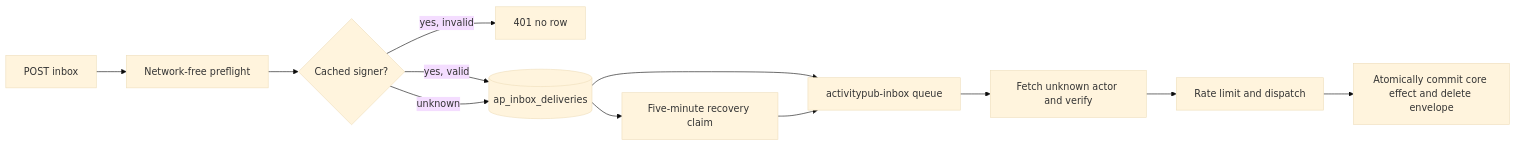
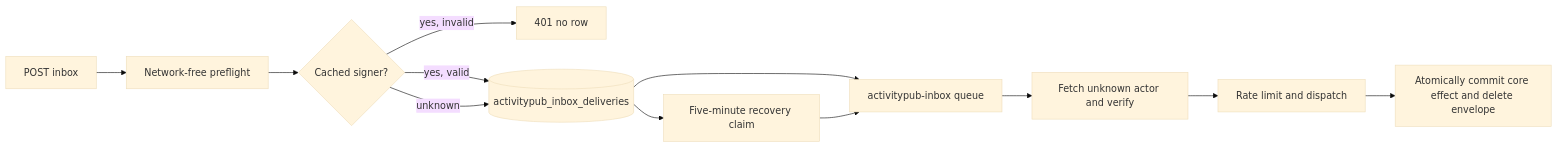
The diagram in docs/requirements/api/activitypub/README.md (vouchington/vouchington), drawn with Mermaid (base theme) before and after one commit. The commit also changed other lines of this file and 388 other files, not shown here.

````diff
--- a/docs/requirements/api/activitypub/README.md
+++ b/docs/requirements/api/activitypub/README.md
@@ -89,14 +89,14 @@
   ```mermaid
   flowchart LR
     R[POST inbox] --> P[Network-free preflight]
     P --> C{Cached signer?}
     C -->|yes, invalid| X401[401 no row]
-    C -->|yes, valid| D[(ap_inbox_deliveries)]
+    C -->|yes, valid| D[(activitypub_inbox_deliveries)]
     C -->|unknown| D
     D --> Q[activitypub-inbox queue]
     Q --> V[Fetch unknown actor and verify]
     V --> A[Rate limit and dispatch]
     A --> X[Atomically commit core effect and delete envelope]
     D --> Rec[Five-minute recovery claim]
     Rec --> Q
   ```
````
